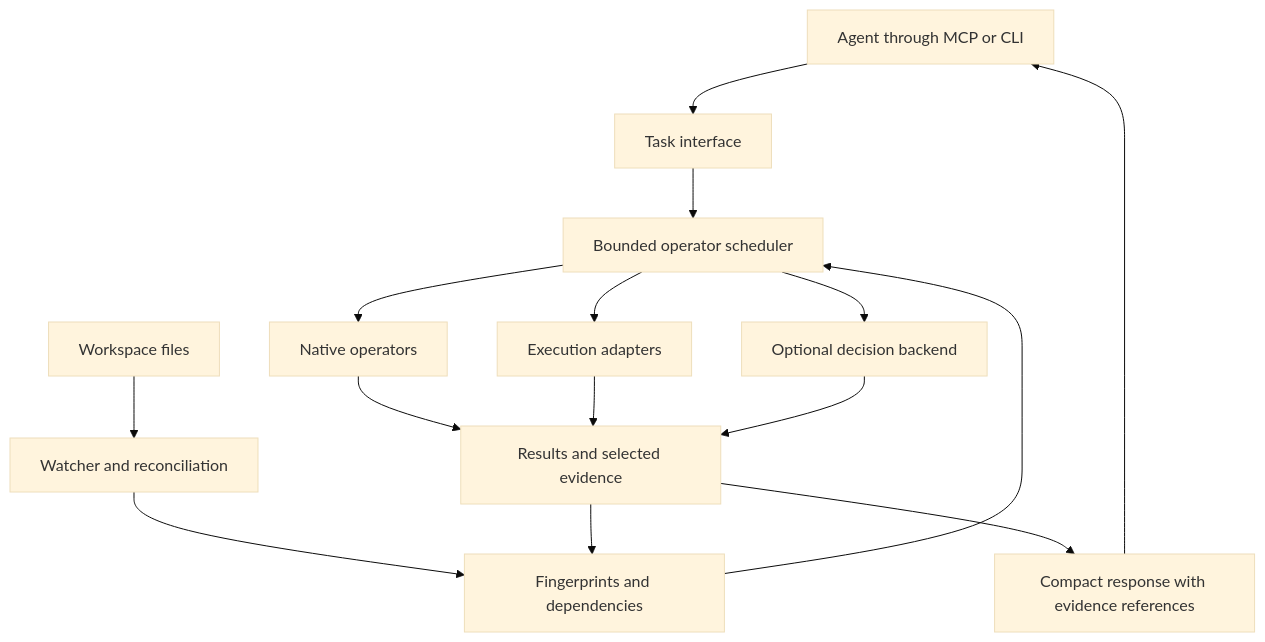
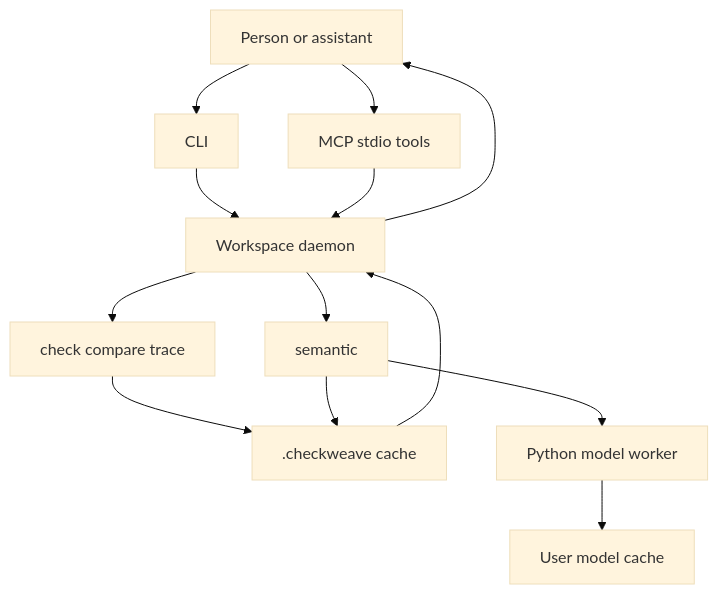
Before and after one commit to ruizmr/checkweave: the diagram in docs/architecture.md, drawn with Mermaid (base theme). The commit also changed other lines of this file and 14 other files, not shown here.

Commit message:
docs: explain local-first code intelligence and refresh roadmap

````diff
--- a/docs/architecture.md
+++ b/docs/architecture.md
@@ -27,17 +19,25 @@
 ```mermaid
 flowchart TD
-    Agent[Agent through MCP or CLI] --> Request[Task interface]
-    Request --> Scheduler[Bounded operator scheduler]
-    Files[Workspace files] --> Watch[Watcher and reconciliation]
-    Watch --> State[Fingerprints and dependencies]
-    State --> Scheduler
-    Scheduler --> Native[Native operators]
-    Scheduler --> Workers[Execution adapters]
-    Scheduler --> Models[Optional decision backend]
-    Native --> Results[Results and selected evidence]
-    Workers --> Results
-    Models --> Results
-    Results --> State
-    Results --> Response[Compact response with evidence references]
-    Response --> Agent
+  person[Person or assistant]
+  cli[CLI]
+  mcp[MCP stdio tools]
+  daemon[Workspace daemon]
+  cache[".checkweave cache"]
+  ops[check compare trace]
+  semantic[semantic]
+  model[Python model worker]
+  weights[User model cache]
+
+  person --> cli
+  person --> mcp
+  cli --> daemon
+  mcp --> daemon
+  daemon --> ops
+  daemon --> semantic
+  ops --> cache
+  semantic --> cache
+  semantic --> model
+  model --> weights
+  cache --> daemon
+  daemon --> person
 ```
````
